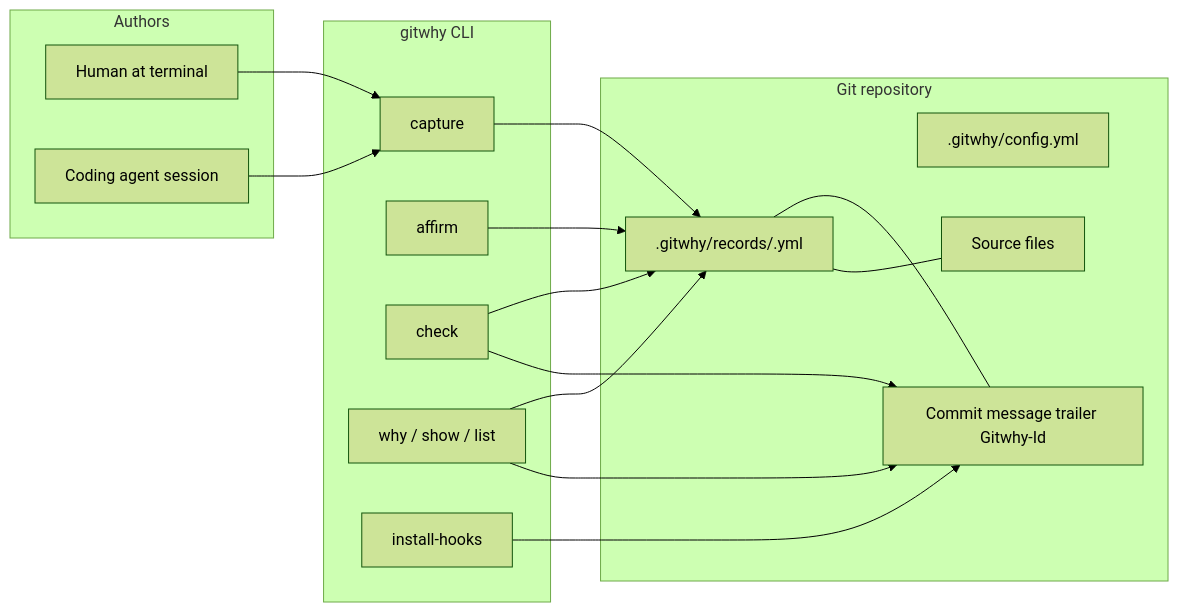
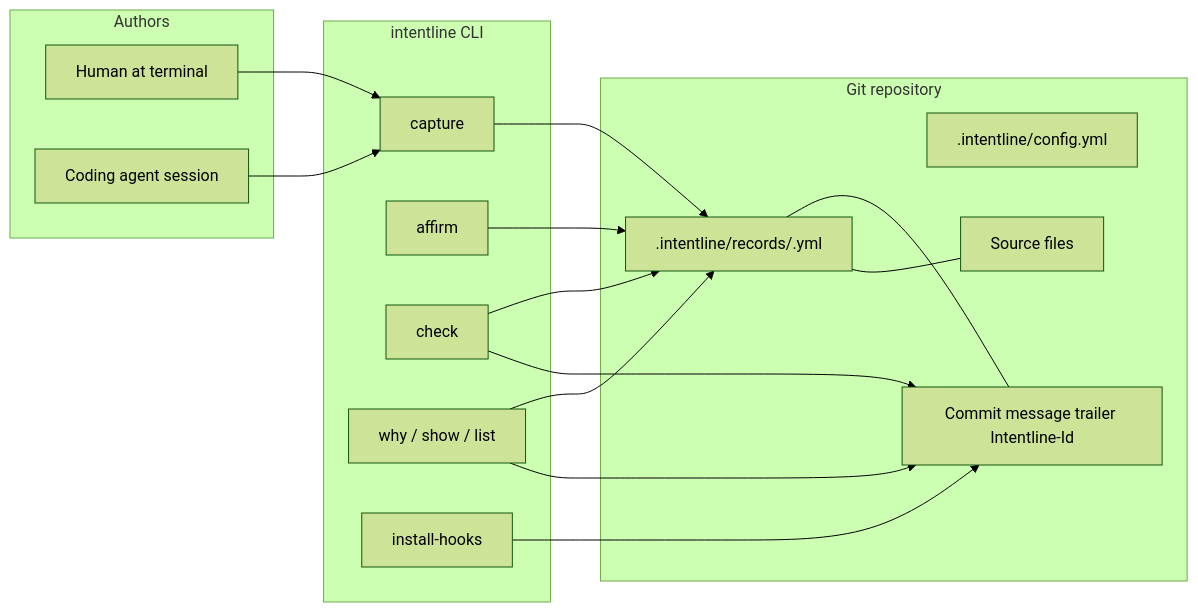
One commit to sabadia/gitwhy changed the first of 2 diagrams in docs/02-architecture.md. Above: the diagram before and after it, drawn with Mermaid (forest theme). The commit also changed other lines of this file and 170 other files, not shown here.

````diff
--- a/docs/02-architecture.md
+++ b/docs/02-architecture.md
@@ -10,34 +10,34 @@
 ```mermaid
 flowchart LR
   subgraph authors [Authors]
     Human[Human at terminal]
     Agent[Coding agent session]
   end
 
-  subgraph gitwhy [gitwhy CLI]
+  subgraph intentline [intentline CLI]
     Capture[capture]
     Affirm[affirm]
     Check[check]
     Why[why / show / list]
     Hooks[install-hooks]
   end
 
   subgraph repo [Git repository]
-    YAML[".gitwhy/records/<id>.yml"]
-    Cfg[".gitwhy/config.yml"]
-    Commit["Commit message trailer Gitwhy-Id"]
+    YAML[".intentline/records/<id>.yml"]
+    Cfg[".intentline/config.yml"]
+    Commit["Commit message trailer Intentline-Id"]
     Code[Source files]
   end
 
   Human --> Capture
   Agent --> Capture
   Capture --> YAML
   Affirm --> YAML
   Hooks --> Commit
   YAML --- Commit
   YAML --- Code
   Why --> YAML
   Why --> Commit
   Check --> YAML
   Check --> Commit
 ```
````
